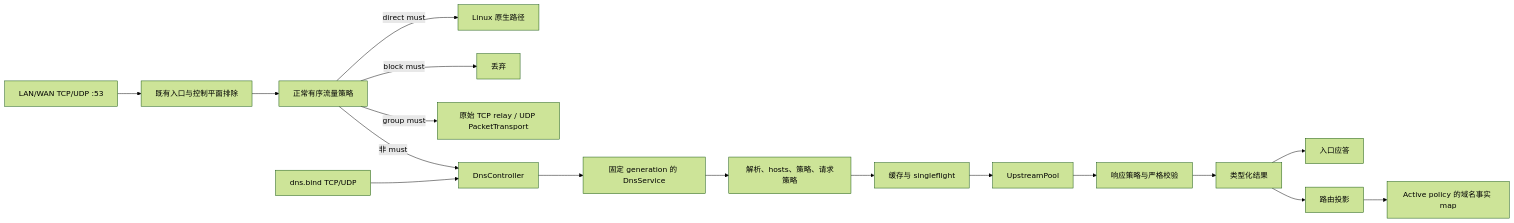
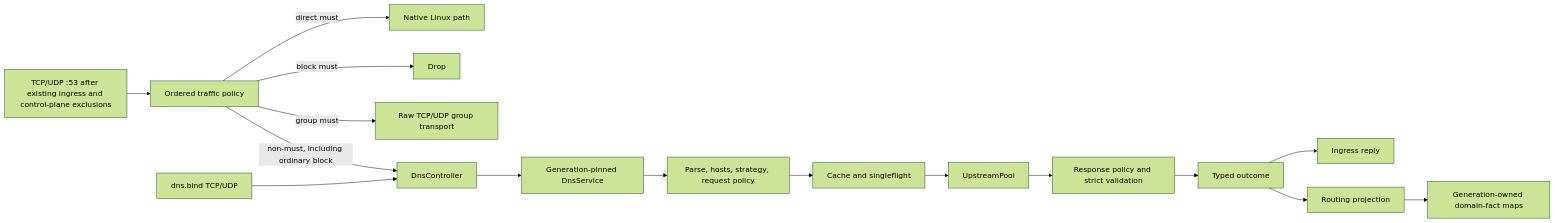
Before and after one commit to Glassyiris/honk: the diagram in doc/zh/design/dns.md, drawn with Mermaid (forest theme). The commit also changed other lines of this file and 21 other files, not shown here.

````diff
--- a/doc/zh/design/dns.md
+++ b/doc/zh/design/dns.md
@@ -9,19 +9,18 @@
 ```mermaid
 flowchart LR
-    T[LAN/WAN TCP/UDP :53] --> E[既有入口与控制平面排除]
-    E --> R[正常有序流量策略]
-    R -->|direct must| N[Linux 原生路径]
-    R -->|block must| DROP[丢弃]
-    R -->|group must| RAW[原始 TCP relay / UDP PacketTransport]
-    R -->|非 must| C[DnsController]
+    T[TCP/UDP :53 after existing ingress and control-plane exclusions] --> TR[Ordered traffic policy]
+    TR -->|direct must| N[Native Linux path]
+    TR -->|block must| DROP[Drop]
+    TR -->|group must| RAW[Raw TCP/UDP group transport]
+    TR -->|non-must, including ordinary block| C[DnsController]
     B[dns.bind TCP/UDP] --> C
-    C --> G[固定 generation 的 DnsService]
-    G --> P[解析、hosts、策略、请求策略]
-    P --> F[缓存与 singleflight]
+    C --> G[Generation-pinned DnsService]
+    G --> P[Parse, hosts, strategy, request policy]
+    P --> F[Cache and singleflight]
     F --> U[UpstreamPool]
-    U --> RESPONSE[响应策略与严格校验]
-    RESPONSE --> O[类型化结果]
-    O --> X[入口应答]
-    O --> M[路由投影]
-    M --> D[Active policy 的域名事实 map]
+    U --> R[Response policy and strict validation]
+    R --> O[Typed outcome]
+    O --> X[Ingress reply]
+    O --> M[Routing projection]
+    M --> D[Generation-owned domain-fact maps]
 ```
````
